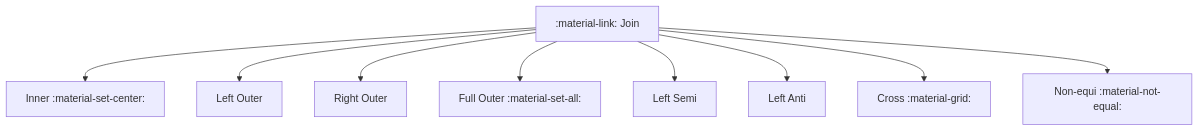
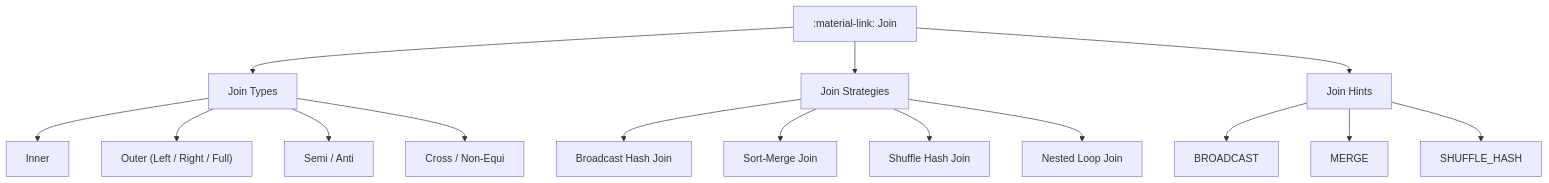
One commit to mahfooziiitian/spark-batch changed the first of 2 diagrams in spark-sql/docs/join/index.md. Above: the diagram before and after it, drawn with Mermaid. The commit also changed other lines of this file and 223 other files, not shown here.

````diff
--- a/spark-sql/docs/join/index.md
+++ b/spark-sql/docs/join/index.md
@@ -9,11 +23,17 @@
 ```mermaid
 graph TD
-    A[":material-link: Join"] --> B["Inner :material-set-center:"]
-    A --> C["Left Outer"]
-    A --> D["Right Outer"]
-    A --> E["Full Outer :material-set-all:"]
-    A --> F["Left Semi"]
-    A --> G["Left Anti"]
-    A --> H["Cross :material-grid:"]
-    A --> I["Non-equi :material-not-equal:"]
+    A[":material-link: Join"] --> T["Join Types"]
+    A --> S["Join Strategies"]
+    A --> H["Join Hints"]
+    T --> I["Inner"]
+    T --> O["Outer (Left / Right / Full)"]
+    T --> SM["Semi / Anti"]
+    T --> X["Cross / Non-Equi"]
+    S --> BHJ["Broadcast Hash Join"]
+    S --> SMJ["Sort-Merge Join"]
+    S --> SHJ["Shuffle Hash Join"]
+    S --> NL["Nested Loop Join"]
+    H --> BR["BROADCAST"]
+    H --> MR["MERGE"]
+    H --> SH["SHUFFLE_HASH"]
 ```
````
